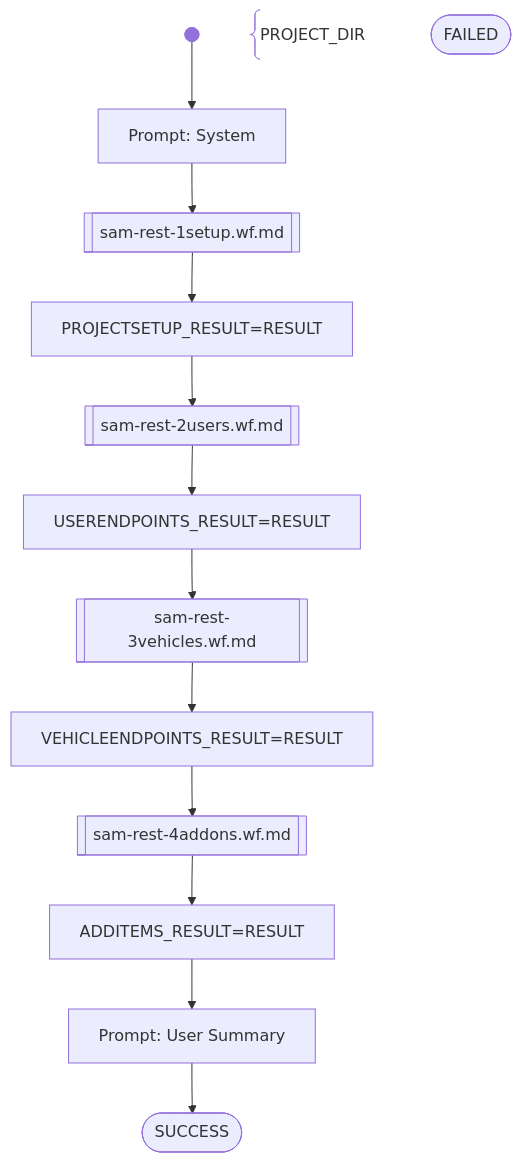
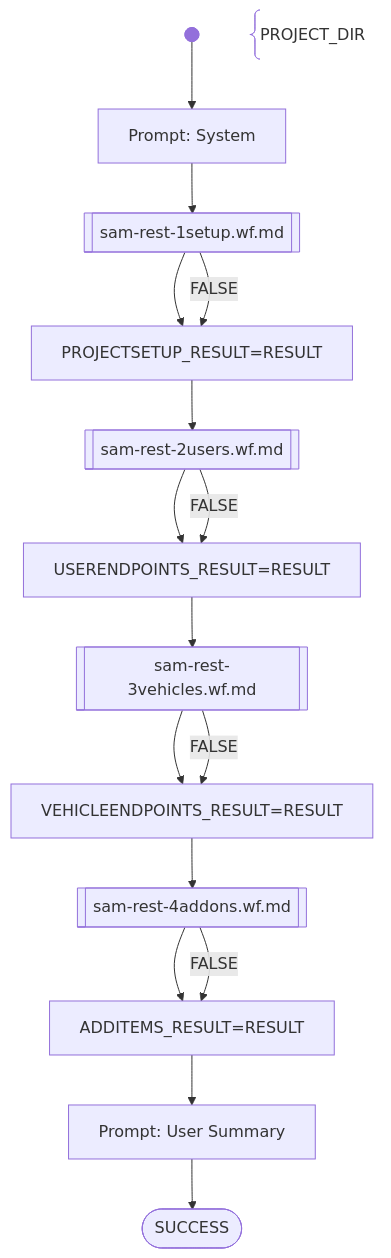
Before and after one commit to BernLeWal/AICodeMentor: the diagram in workflows/source-eval/sam-rest.wf.md, drawn with Mermaid. The commit also changed 10 other files, not shown here.

````diff
--- a/workflows/source-eval/sam-rest.wf.md
+++ b/workflows/source-eval/sam-rest.wf.md
@@ -39,23 +39,26 @@
 ```mermaid
 flowchart TD
     START@{ shape: f-circ, label:"start"} --> PROMPT_SYSTEM
     PARAMS@{ shape: comment, label: "PROJECT_DIR"}
 
     PROMPT_SYSTEM[Prompt: System] --> CALL_PROJECTSETUP
     CALL_PROJECTSETUP[[sam-rest-1setup.wf.md]] --> SET_PROJECTSETUP_RESULT
+    CALL_PROJECTSETUP --> |FALSE| SET_PROJECTSETUP_RESULT
     SET_PROJECTSETUP_RESULT[PROJECTSETUP_RESULT=RESULT] --> CALL_USERENDPOINTS
 
     CALL_USERENDPOINTS[[sam-rest-2users.wf.md]] --> SET_USERENDPOINTS_RESULT
+    CALL_USERENDPOINTS --> |FALSE| SET_USERENDPOINTS_RESULT
     SET_USERENDPOINTS_RESULT[USERENDPOINTS_RESULT=RESULT] --> CALL_VEHICLEENDPOINTS
 
     CALL_VEHICLEENDPOINTS[[sam-rest-3vehicles.wf.md]] --> SET_VEHICLEENDPOINTS_RESULT
+    CALL_VEHICLEENDPOINTS --> |FALSE| SET_VEHICLEENDPOINTS_RESULT
     SET_VEHICLEENDPOINTS_RESULT[VEHICLEENDPOINTS_RESULT=RESULT] --> CALL_ADDITEMS
 
     CALL_ADDITEMS[[sam-rest-4addons.wf.md]] --> SET_ADDITEMS_RESULT
+    CALL_ADDITEMS --> |FALSE| SET_ADDITEMS_RESULT
     SET_ADDITEMS_RESULT[ADDITEMS_RESULT=RESULT] --> PROMPT_REPORT
 
     PROMPT_REPORT[Prompt: User Summary] --> SUCCESS
 
     SUCCESS@{ shape: stadium }
-    FAILED@{ shape: stadium }
 ```
````
